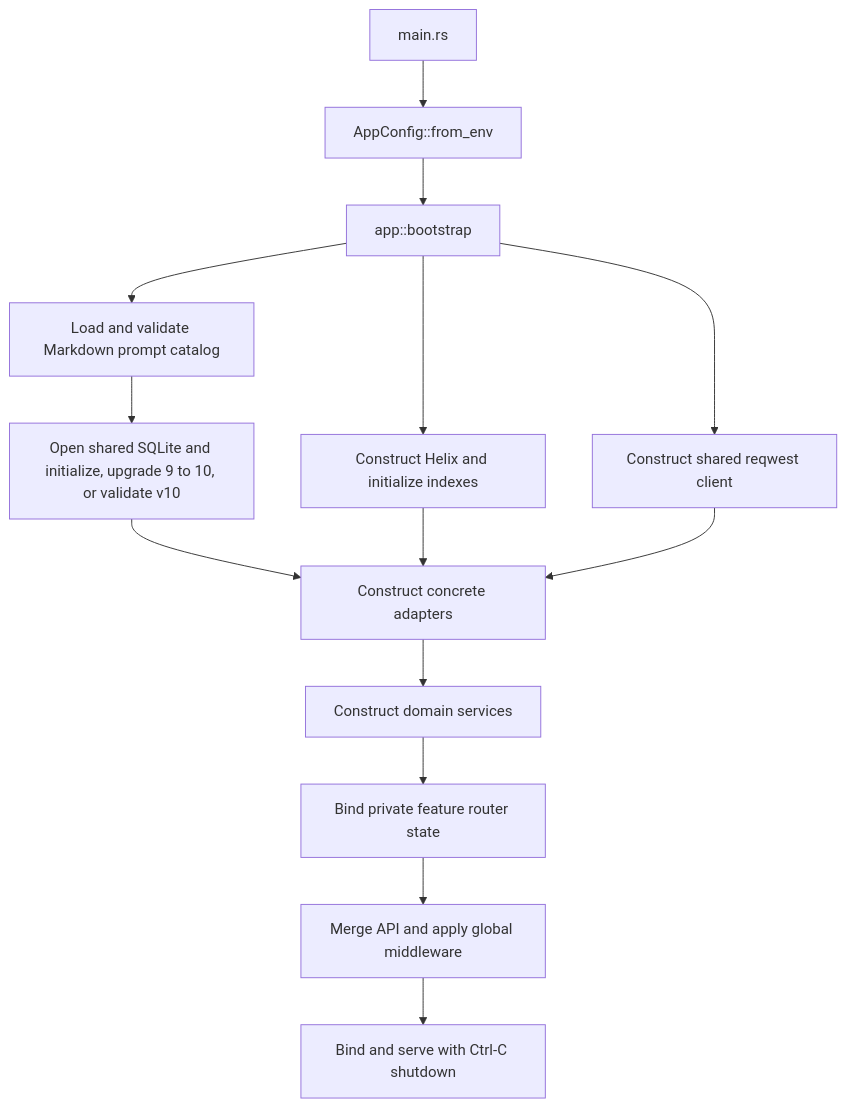
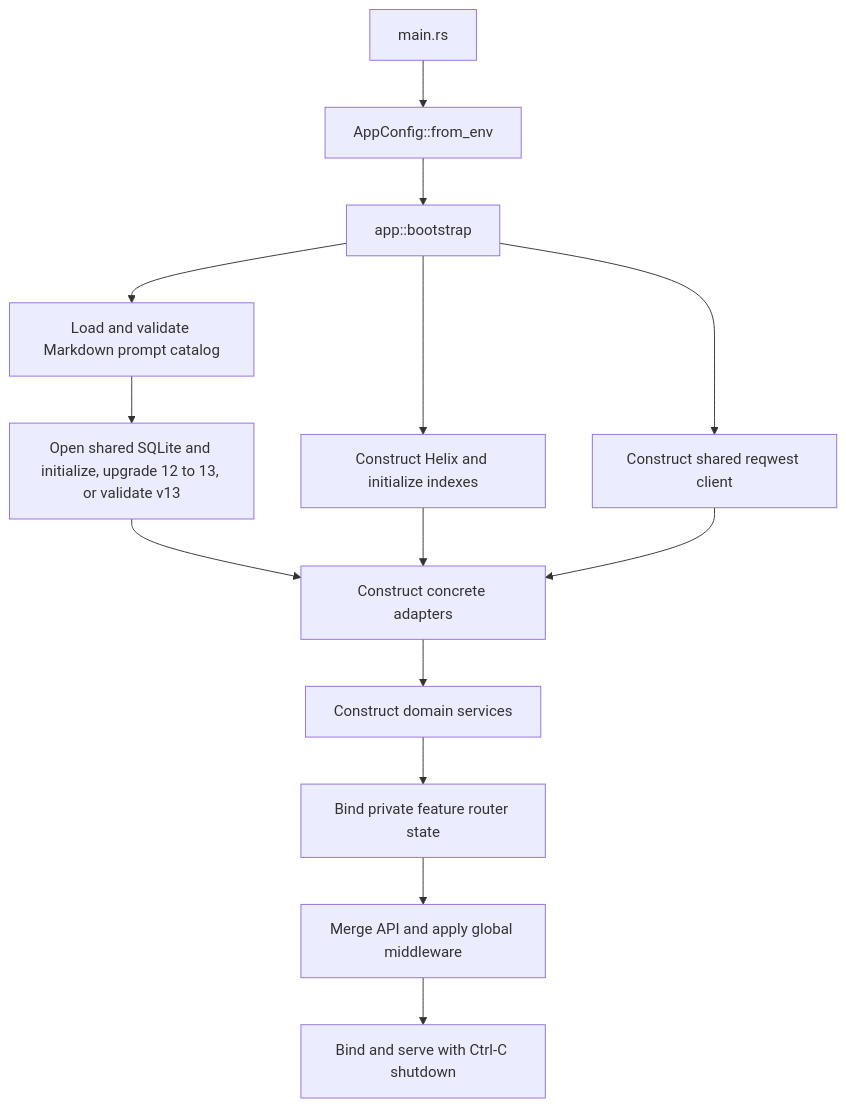
Before and after one commit to ratik-gambhir-WM/Quarry: the second of 3 diagrams in docs/ARCHITECTURE.md, drawn with Mermaid. The commit also changed other lines of this file and 421 other files, not shown here.

````diff
--- a/docs/ARCHITECTURE.md
+++ b/docs/ARCHITECTURE.md
@@ -959,16 +1017,16 @@
 ```mermaid
 flowchart TD
     Main[main.rs] --> Config[AppConfig::from_env]
     Config --> Bootstrap[app::bootstrap]
     Bootstrap --> Prompts[Load and validate Markdown prompt catalog]
-    Prompts --> Sqlite[Open shared SQLite and initialize, upgrade 9 to 10, or validate v10]
+    Prompts --> Sqlite[Open shared SQLite and initialize, upgrade 12 to 13, or validate v13]
     Bootstrap --> Helix[Construct Helix and initialize indexes]
     Bootstrap --> Http[Construct shared reqwest client]
     Sqlite --> Adapters[Construct concrete adapters]
     Helix --> Adapters
     Http --> Adapters
     Adapters --> Domains[Construct domain services]
     Domains --> FeatureRouters[Bind private feature router state]
     FeatureRouters --> Router[Merge API and apply global middleware]
     Router --> Serve[Bind and serve with Ctrl-C shutdown]
 ```
````
